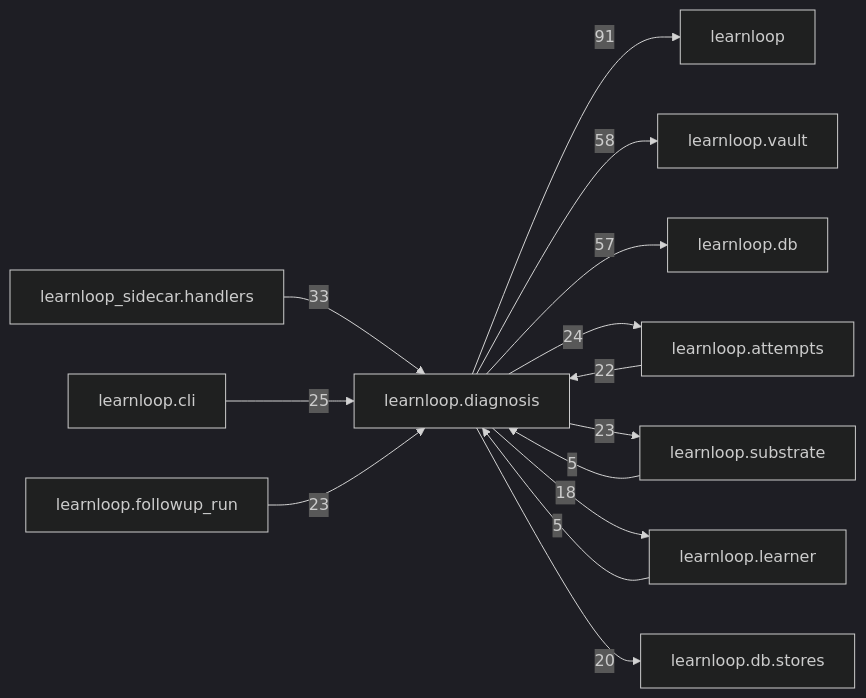
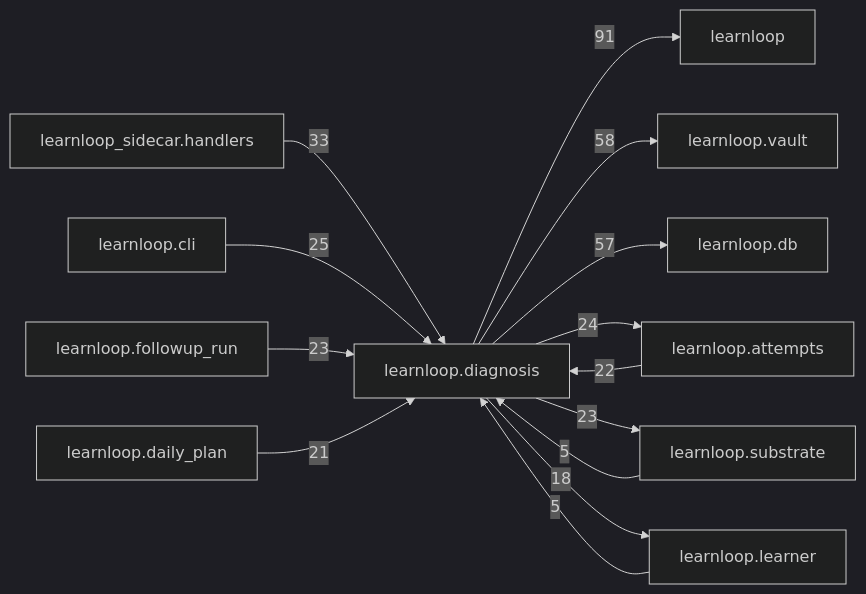
Before and after one commit to 6up-b/learnanything: the diagram in docs/learnloop-architecture-vault/Reference/Modules/learnloop/diagnosis/_package.md, drawn with Mermaid (dark theme). The commit also changed other lines of this file and 69 other files, not shown here.

Commit message:
Vault: module references regenerated after the probe router's continuation (a note for daily_plan.probe_continuation)

````diff
--- a/docs/learnloop-architecture-vault/Reference/Modules/learnloop/diagnosis/_package.md
+++ b/docs/learnloop-architecture-vault/Reference/Modules/learnloop/diagnosis/_package.md
@@ -261,27 +261,27 @@
 ```mermaid
 flowchart LR
     center["learnloop.diagnosis"]
     n_learnloop["learnloop"]
     n_learnloop_vault["learnloop.vault"]
     n_learnloop_db["learnloop.db"]
     n_learnloop_attempts["learnloop.attempts"]
     n_learnloop_sidecar_handlers["learnloop_sidecar.handlers"]
     n_learnloop_substrate["learnloop.substrate"]
     n_learnloop_cli["learnloop.cli"]
     n_learnloop_followup_run["learnloop.followup_run"]
     n_learnloop_learner["learnloop.learner"]
-    n_learnloop_db_stores["learnloop.db.stores"]
+    n_learnloop_daily_plan["learnloop.daily_plan"]
     center -->|91| n_learnloop
     center -->|58| n_learnloop_vault
     center -->|57| n_learnloop_db
     n_learnloop_attempts -->|22| center
     center -->|24| n_learnloop_attempts
     n_learnloop_sidecar_handlers -->|33| center
     n_learnloop_substrate -->|5| center
     center -->|23| n_learnloop_substrate
     n_learnloop_cli -->|25| center
     n_learnloop_followup_run -->|23| center
     n_learnloop_learner -->|5| center
     center -->|18| n_learnloop_learner
-    center -->|20| n_learnloop_db_stores
+    n_learnloop_daily_plan -->|21| center
 ```
````
